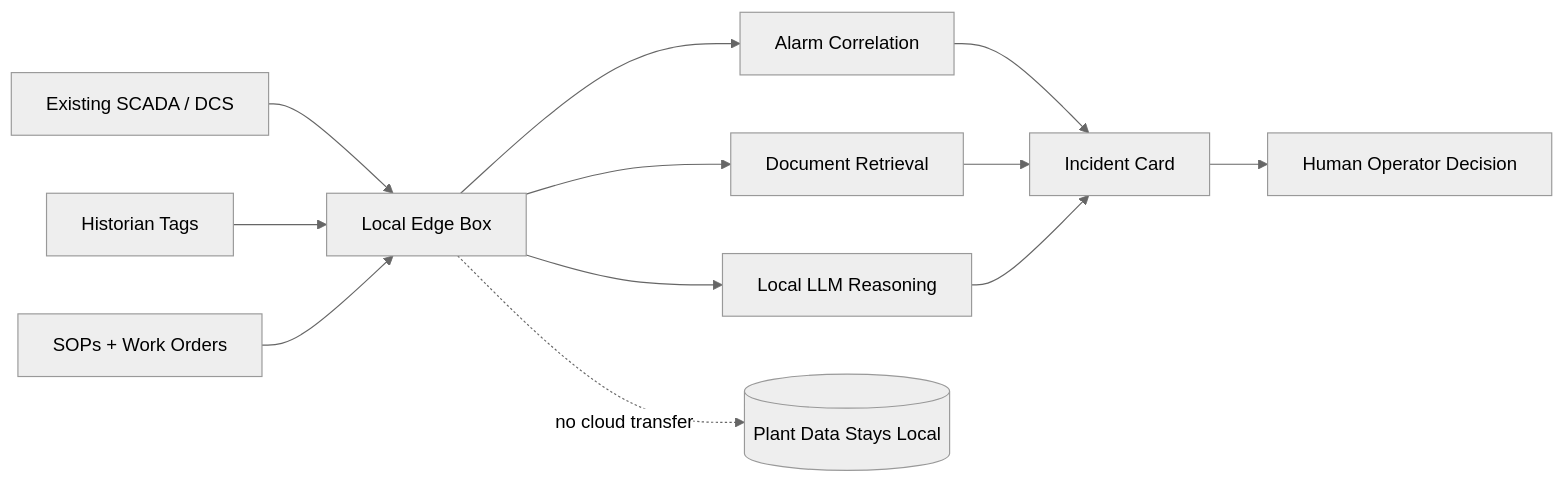
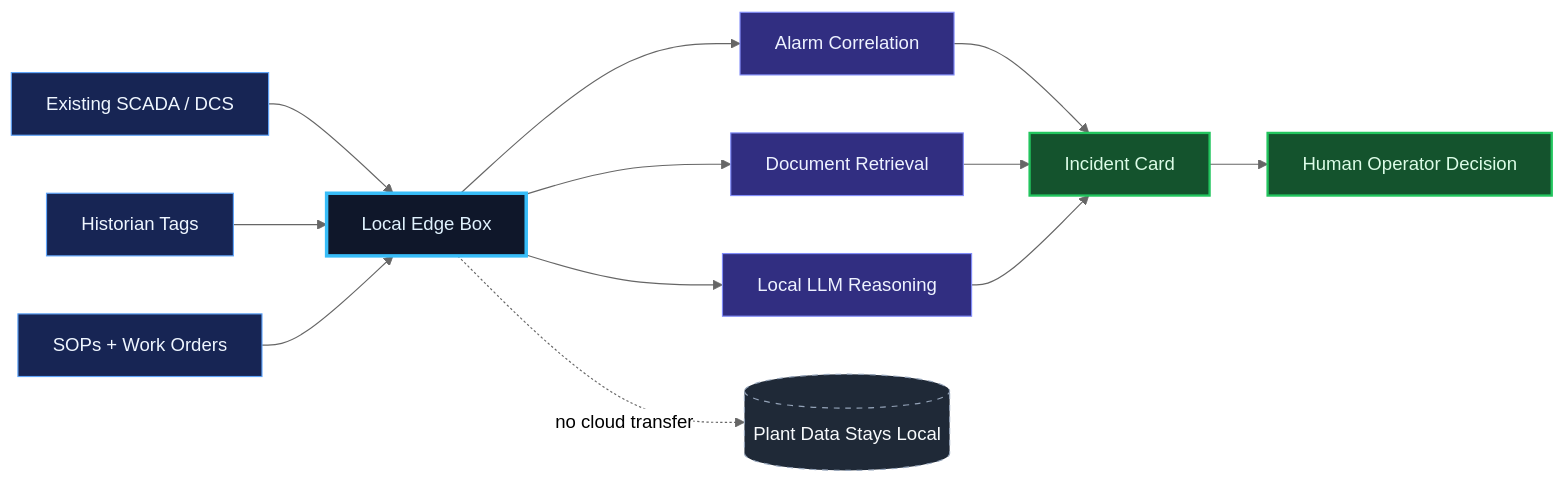
One commit to chunkai4u/edge-incident-copilot changed the third of 4 diagrams in README.md. Above: the diagram before and after it, drawn with Mermaid (neutral theme). The commit also changed other lines of this file, not shown here.

Commit message:
Improve README diagrams

````diff
--- a/README.md
+++ b/README.md
@@ -83,14 +101,25 @@
 ```mermaid
 flowchart LR
     A[Existing SCADA / DCS] --> D[Local Edge Box]
     B[Historian Tags] --> D
     C[SOPs + Work Orders] --> D
     D --> E[Alarm Correlation]
     D --> F[Document Retrieval]
     D --> G[Local LLM Reasoning]
     E --> H[Incident Card]
     F --> H
     G --> H
     H --> I[Human Operator Decision]
     D -. no cloud transfer .-> J[(Plant Data Stays Local)]
+
+    classDef input fill:#172554,stroke:#60a5fa,color:#eff6ff;
+    classDef edge fill:#0f172a,stroke:#38bdf8,color:#e0f2fe,stroke-width:3px;
+    classDef process fill:#312e81,stroke:#818cf8,color:#eef2ff;
+    classDef result fill:#14532d,stroke:#22c55e,color:#dcfce7,stroke-width:2px;
+    classDef local fill:#1f2937,stroke:#94a3b8,color:#f8fafc,stroke-dasharray: 5 5;
+    class A,B,C input;
+    class D edge;
+    class E,F,G process;
+    class H,I result;
+    class J local;
 ```
````
